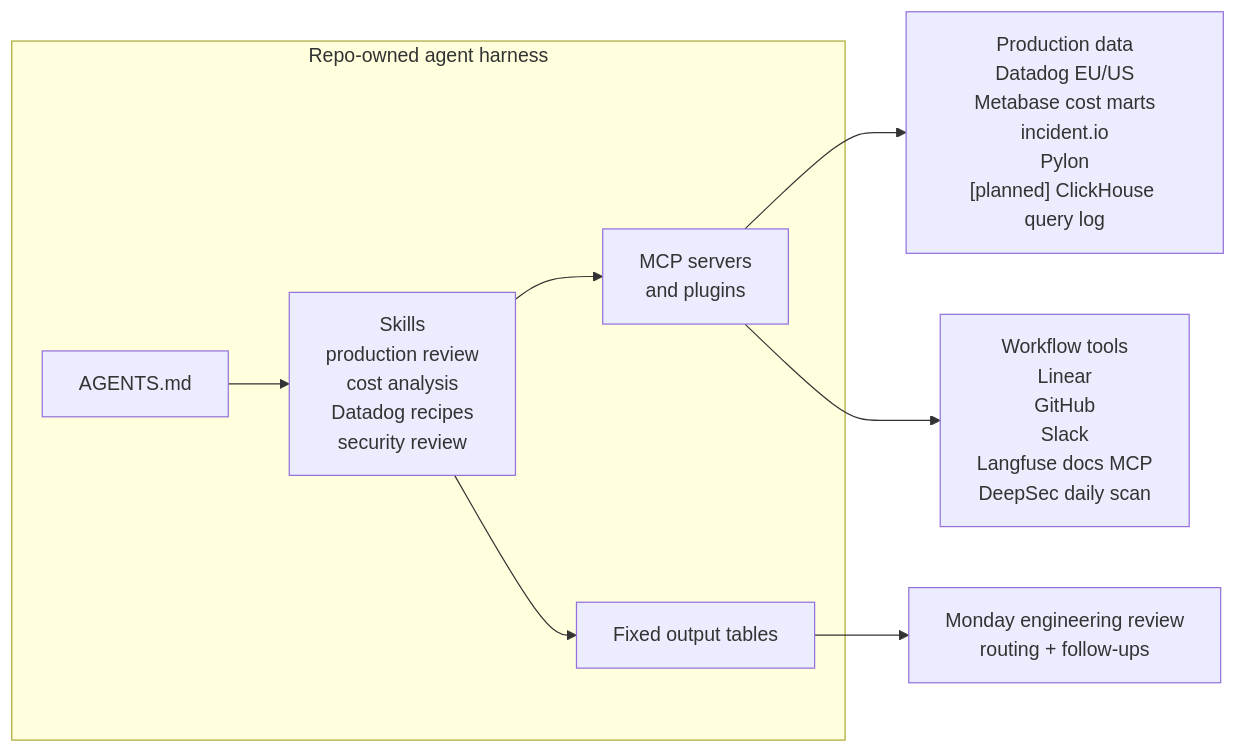
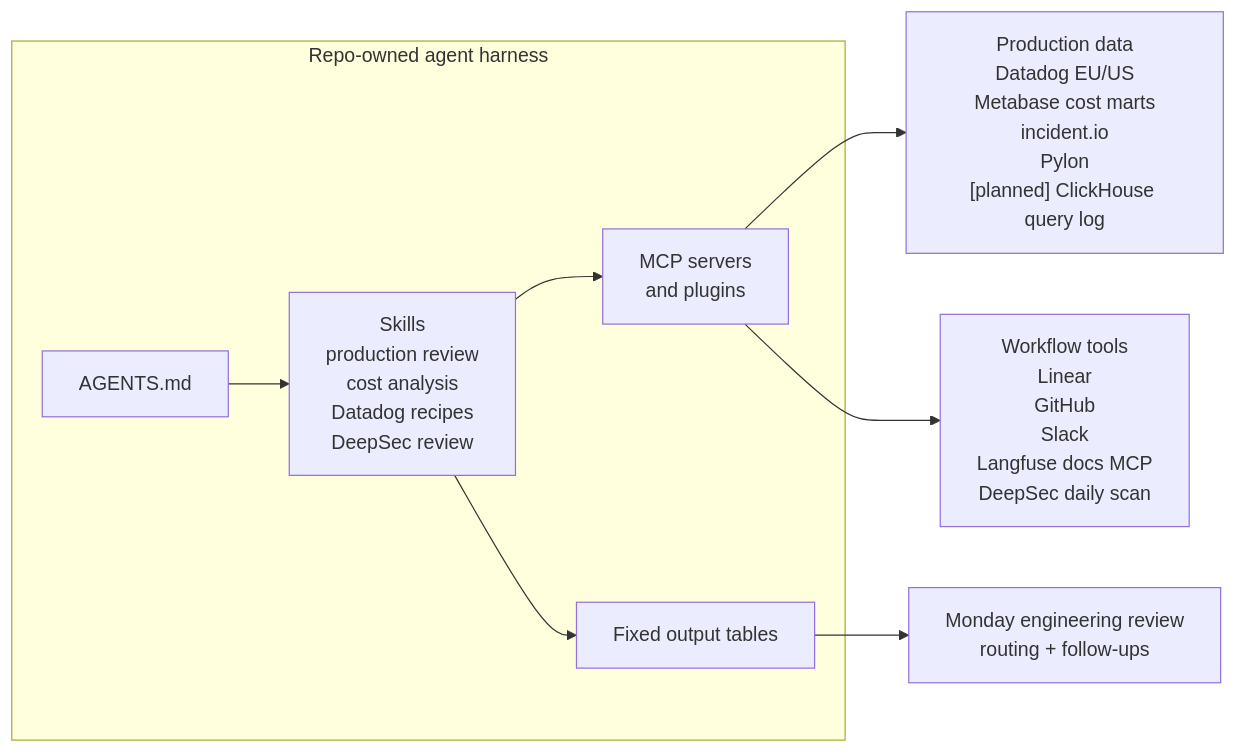
One commit to langfuse/langfuse-docs changed the diagram in content/blog/2026-06-05-agentic-setup-for-operational-work.mdx. Above: the diagram before and after it, drawn with Mermaid. The commit also changed other lines of this file, not shown here.

Commit message:
docs(blog): focus security section on deepsec

````diff
--- a/content/blog/2026-06-05-agentic-setup-for-operational-work.mdx
+++ b/content/blog/2026-06-05-agentic-setup-for-operational-work.mdx
@@ -34,20 +34,20 @@
 ```mermaid
 flowchart LR
   subgraph Harness["Repo-owned agent harness"]
     Router["AGENTS.md"]
-    Skills["Skills<br/>production review<br/>cost analysis<br/>Datadog recipes<br/>security review"]
+    Skills["Skills<br/>production review<br/>cost analysis<br/>Datadog recipes<br/>DeepSec review"]
     MCP["MCP servers<br/>and plugins"]
     Tables["Fixed output tables"]
     Router --> Skills
     Skills --> MCP
     Skills --> Tables
   end
 
   Prod["Production data<br/>Datadog EU/US<br/>Metabase cost marts<br/>incident.io<br/>Pylon<br/>[planned] ClickHouse query log"]
   Work["Workflow tools<br/>Linear<br/>GitHub<br/>Slack<br/>Langfuse docs MCP<br/>DeepSec daily scan"]
   Review["Monday engineering review<br/>routing + follow-ups"]
 
   MCP --> Prod
   MCP --> Work
   Tables --> Review
 ```
````
